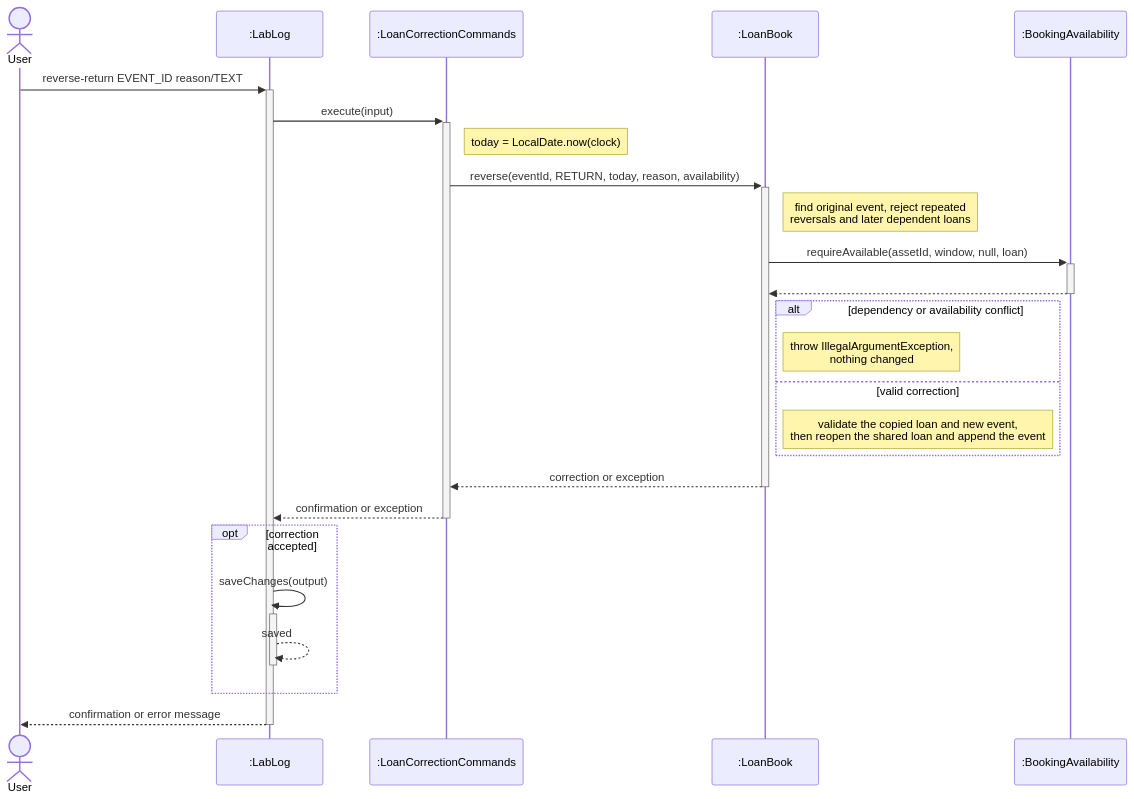
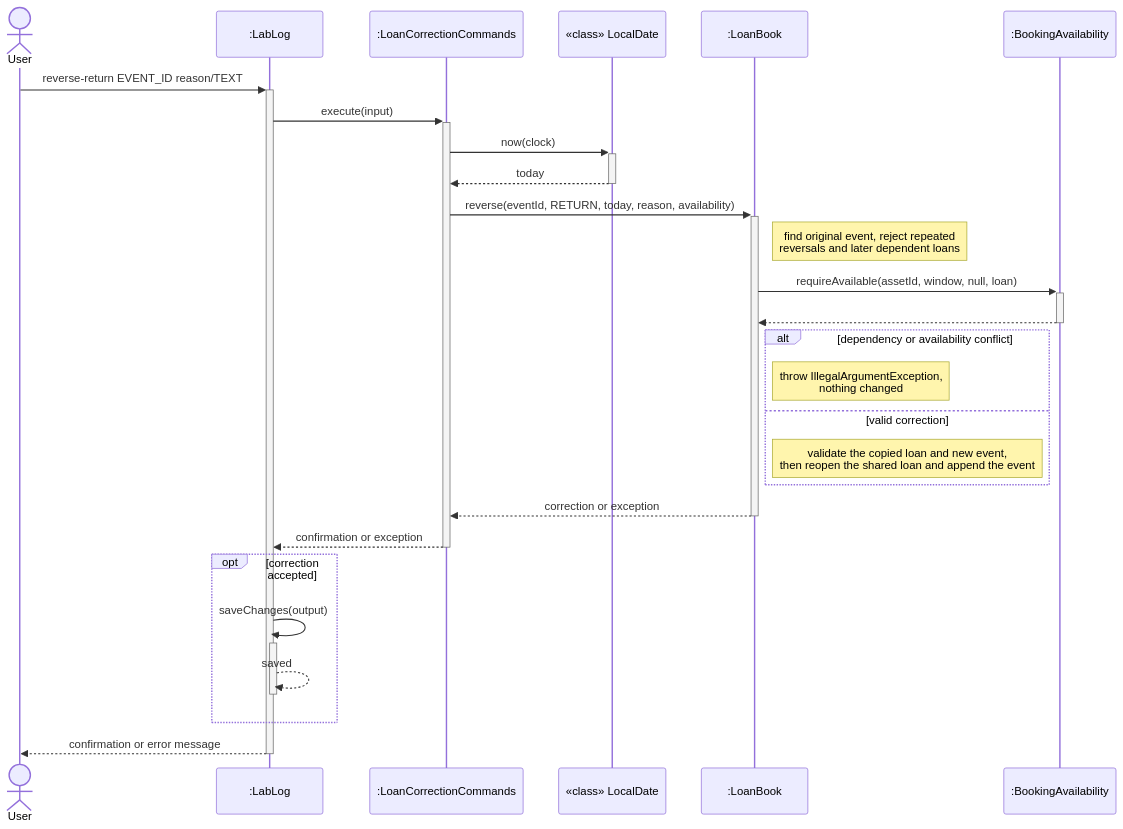
The tenth of 12 diagrams in docs/DeveloperGuide.md (AY2627S1-CS2113-W13-3/tp), drawn with Mermaid before and after one commit. The commit also changed other lines of this file, not shown here.

First line of the commit message:
Docs: Align DG diagrams with course UML notation

````diff
--- a/docs/DeveloperGuide.md
+++ b/docs/DeveloperGuide.md
@@ -945,27 +958,29 @@
 ```mermaid
 sequenceDiagram
     actor User
     participant App as :LabLog
     participant Command as :LoanCorrectionCommands
+    participant Date as «class» LocalDate
     participant Book as :LoanBook
     participant Policy as :BookingAvailability
     User->>+App: reverse-return EVENT_ID reason/TEXT
     App->>+Command: execute(input)
-    Note right of Command: today = LocalDate.now(clock)
+    Command->>+Date: now(clock)
+    Date-->>-Command: today
     Command->>+Book: reverse(eventId, RETURN, today, reason, availability)
     Note right of Book: find original event, reject repeated<br/>reversals and later dependent loans
     Book->>+Policy: requireAvailable(assetId, window, null, loan)
     Policy-->>-Book: #nbsp;
     alt dependency or availability conflict
         Note right of Book: throw IllegalArgumentException,<br/>nothing changed
     else valid correction
         Note right of Book: validate the copied loan and new event,<br/>then reopen the shared loan and append the event
     end
     Book-->>-Command: correction or exception
     Command-->>-App: confirmation or exception
     opt correction accepted
         App->>+App: saveChanges(output)
         App-->>-App: saved
     end
     App-->>-User: confirmation or error message
 ```
````
